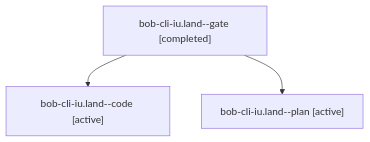
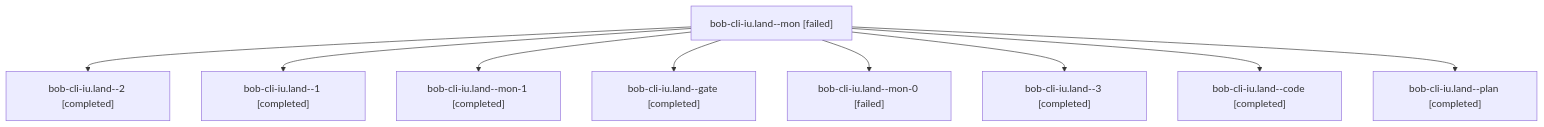
The diagram in sessions/bbugyi200.apollo.bob-cli-iu.land.md (bobs-org/bob-cli--agents), drawn with Mermaid before and after one commit. The commit also changed other lines of this file and 58 other files, not shown here.

````diff
--- a/sessions/bbugyi200.apollo.bob-cli-iu.land.md
+++ b/sessions/bbugyi200.apollo.bob-cli-iu.land.md
@@ -9,8 +9,20 @@
 ```mermaid
 flowchart TD
-  n0["bob-cli-iu.land--gate [completed]"]
-  n1["bob-cli-iu.land--code [active]"]
+  n0["bob-cli-iu.land--mon [failed]"]
+  n1["bob-cli-iu.land--2 [completed]"]
   n0 --> n1
-  n2["bob-cli-iu.land--plan [active]"]
+  n2["bob-cli-iu.land--1 [completed]"]
   n0 --> n2
+  n3["bob-cli-iu.land--mon-1 [completed]"]
+  n0 --> n3
+  n4["bob-cli-iu.land--gate [completed]"]
+  n0 --> n4
+  n5["bob-cli-iu.land--mon-0 [failed]"]
+  n0 --> n5
+  n6["bob-cli-iu.land--3 [completed]"]
+  n0 --> n6
+  n7["bob-cli-iu.land--code [completed]"]
+  n0 --> n7
+  n8["bob-cli-iu.land--plan [completed]"]
+  n0 --> n8
 ```
````
